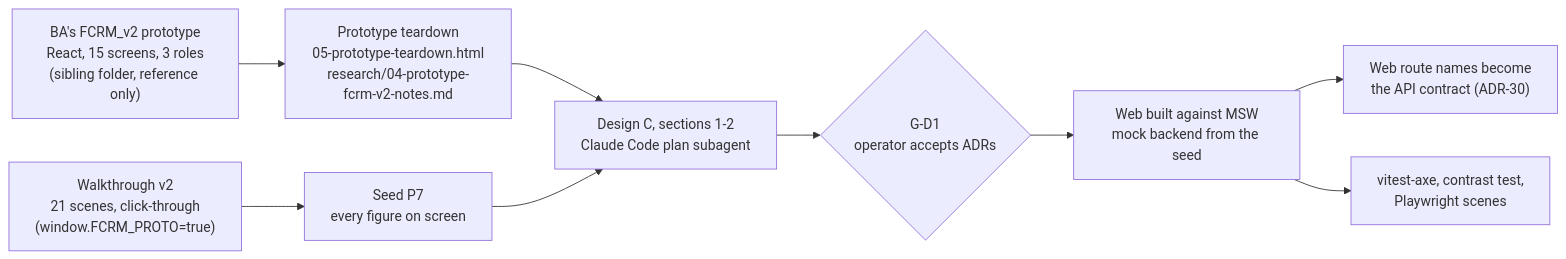
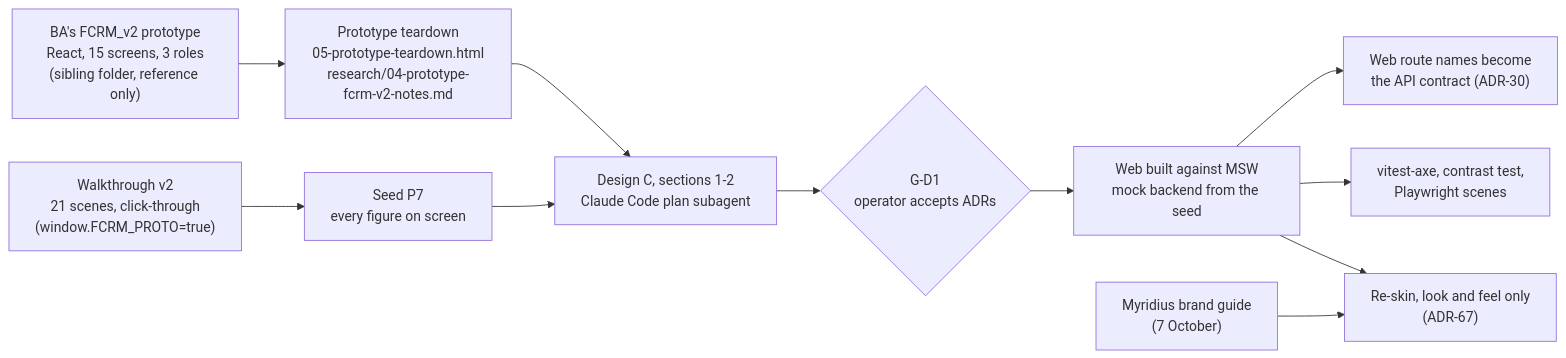
Before and after one commit to abhiMyridius/trustops_fcrm: the diagram in trustops/docs/architecture/ux-decisions.md, drawn with Mermaid. The commit also changed other lines of this file and 11 other files, not shown here.

First line of the commit message:
docs(arch): bring the design docs and screenshots up to the brand re-skin [ADR-67]

````diff
--- a/trustops/docs/architecture/ux-decisions.md
+++ b/trustops/docs/architecture/ux-decisions.md
@@ -7,11 +7,13 @@
 ```mermaid
 flowchart LR
   BA["BA's FCRM_v2 prototype<br/>React, 15 screens, 3 roles<br/>(sibling folder, reference only)"] --> TD["Prototype teardown<br/>05-prototype-teardown.html<br/>research/04-prototype-fcrm-v2-notes.md"]
   WT["Walkthrough v2<br/>21 scenes, click-through<br/>(window.FCRM_PROTO=true)"] --> SEED["Seed P7<br/>every figure on screen"]
   TD --> C["Design C, sections 1-2<br/>Claude Code plan subagent"]
   SEED --> C
   C --> G1{"G-D1<br/>operator accepts ADRs"}
   G1 --> MSW["Web built against MSW<br/>mock backend from the seed"]
   MSW --> R["Web route names become<br/>the API contract (ADR-30)"]
   MSW --> T["vitest-axe, contrast test,<br/>Playwright scenes"]
+  BG["Myridius brand guide<br/>(7 October)"] --> SKIN["Re-skin, look and feel only<br/>(ADR-67)"]
+  MSW --> SKIN
 ```
````
